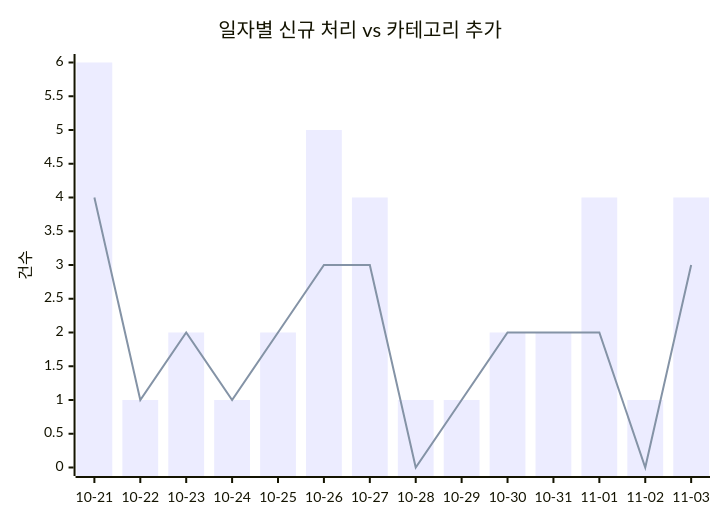
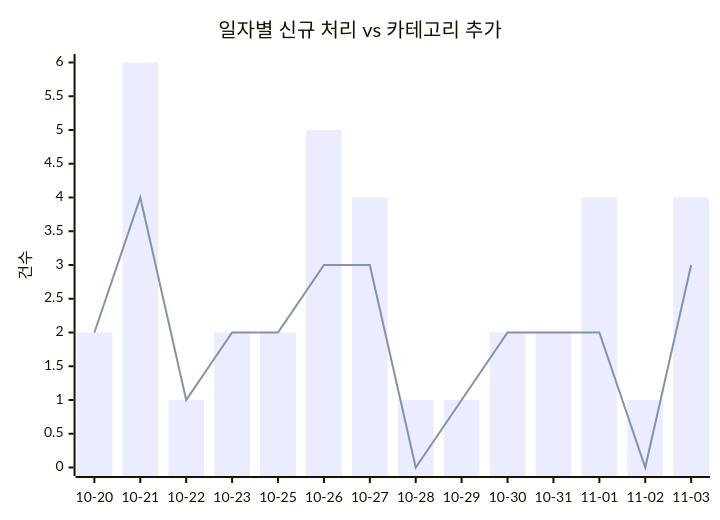
One commit to J-nowcow/awesome-korean-agent-skills changed the first of 2 diagrams in docs/trends.md. Above: the diagram before and after it, drawn with Mermaid. The commit also changed other lines of this file and 28 other files, not shown here.

````diff
--- a/docs/trends.md
+++ b/docs/trends.md
@@ -32,8 +32,8 @@
 ```mermaid
 xychart-beta
     title "일자별 신규 처리 vs 카테고리 추가"
-    x-axis ["10-21","10-22","10-23","10-24","10-25","10-26","10-27","10-28","10-29","10-30","10-31","11-01","11-02","11-03"]
+    x-axis ["10-20","10-21","10-22","10-23","10-25","10-26","10-27","10-28","10-29","10-30","10-31","11-01","11-02","11-03"]
     y-axis "건수"
-    bar [6,1,2,1,2,5,4,1,1,2,2,4,1,4]
-    line [4,1,2,1,2,3,3,0,1,2,2,2,0,3]
+    bar [2,6,1,2,2,5,4,1,1,2,2,4,1,4]
+    line [2,4,1,2,2,3,3,0,1,2,2,2,0,3]
 ```
````
